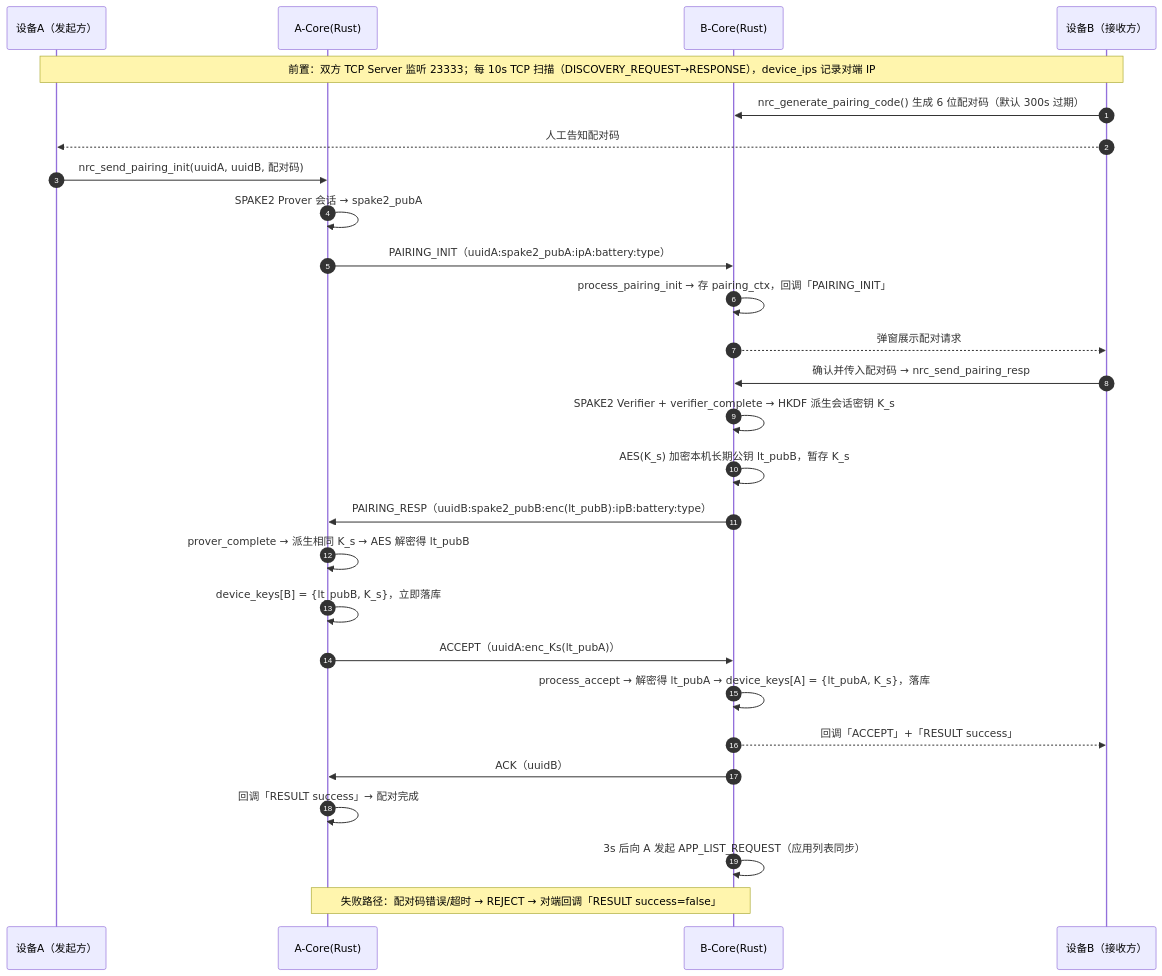
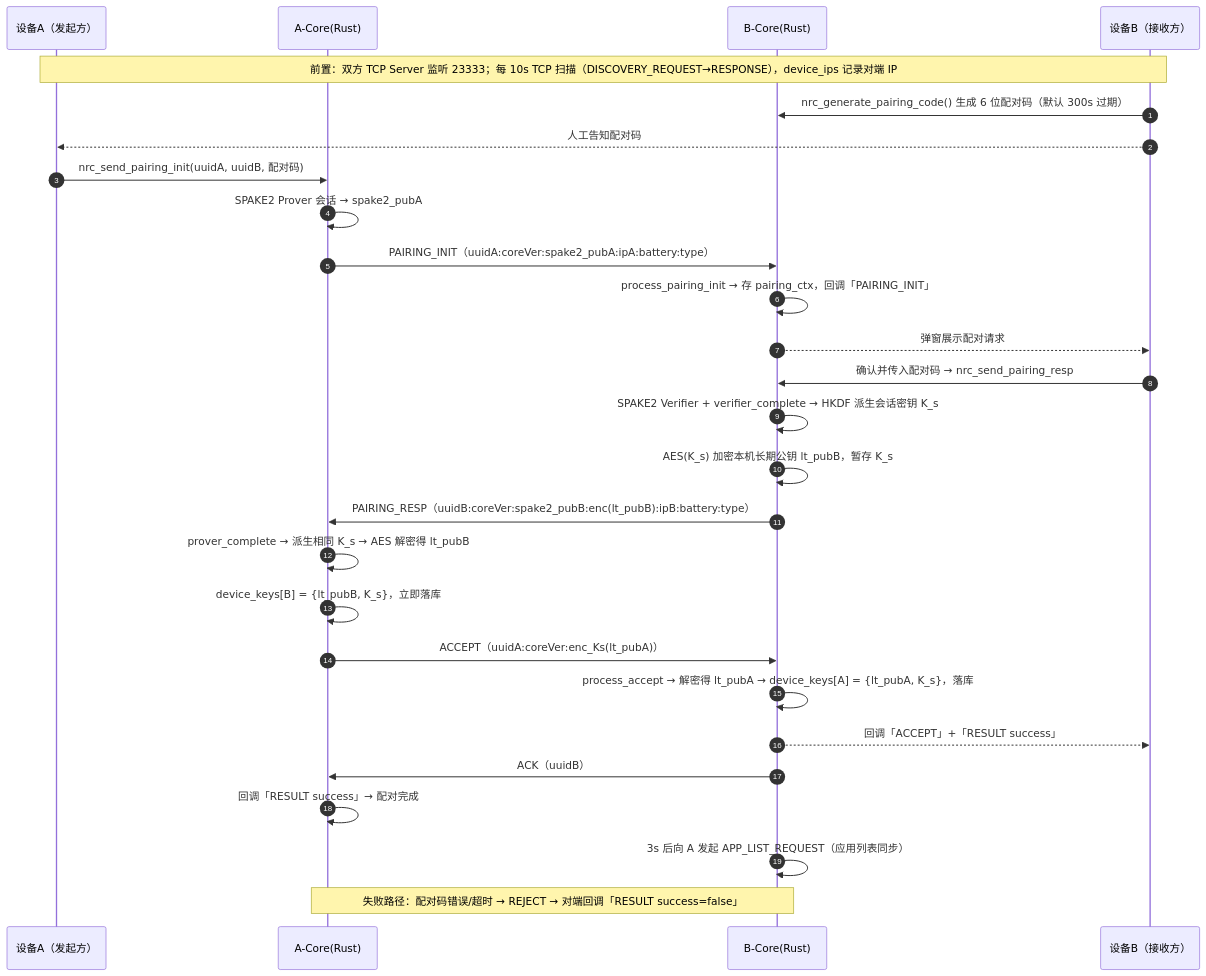
The first of 2 diagrams in Docs/配对与重连时序.md (NotifyRelay/core), drawn with Mermaid before and after one commit. The commit also changed other lines of this file and 16 other files, not shown here.

````diff
--- a/Docs/配对与重连时序.md
+++ b/Docs/配对与重连时序.md
@@ -8,32 +50,32 @@
 ```mermaid
 sequenceDiagram
     autonumber
     participant A as 设备A（发起方）
     participant Ac as A-Core(Rust)
     participant Bc as B-Core(Rust)
     participant B as 设备B（接收方）
 
     Note over A,B: 前置：双方 TCP Server 监听 23333；每 10s TCP 扫描（DISCOVERY_REQUEST→RESPONSE），device_ips 记录对端 IP
 
     B->>Bc: nrc_generate_pairing_code() 生成 6 位配对码（默认 300s 过期）
     B-->>A: 人工告知配对码
     A->>Ac: nrc_send_pairing_init(uuidA, uuidB, 配对码)
     Ac->>Ac: SPAKE2 Prover 会话 → spake2_pubA
-    Ac->>Bc: PAIRING_INIT（uuidA:spake2_pubA:ipA:battery:type）
+    Ac->>Bc: PAIRING_INIT（uuidA:coreVer:spake2_pubA:ipA:battery:type）
     Bc->>Bc: process_pairing_init → 存 pairing_ctx，回调「PAIRING_INIT」
     Bc-->>B: 弹窗展示配对请求
     B->>Bc: 确认并传入配对码 → nrc_send_pairing_resp
     Bc->>Bc: SPAKE2 Verifier + verifier_complete → HKDF 派生会话密钥 K_s
     Bc->>Bc: AES(K_s) 加密本机长期公钥 lt_pubB，暂存 K_s
-    Bc->>Ac: PAIRING_RESP（uuidB:spake2_pubB:enc(lt_pubB):ipB:battery:type）
+    Bc->>Ac: PAIRING_RESP（uuidB:coreVer:spake2_pubB:enc(lt_pubB):ipB:battery:type）
     Ac->>Ac: prover_complete → 派生相同 K_s → AES 解密得 lt_pubB
     Ac->>Ac: device_keys[B] = {lt_pubB, K_s}，立即落库
-    Ac->>Bc: ACCEPT（uuidA:enc_Ks(lt_pubA)）
+    Ac->>Bc: ACCEPT（uuidA:coreVer:enc_Ks(lt_pubA)）
     Bc->>Bc: process_accept → 解密得 lt_pubA → device_keys[A] = {lt_pubA, K_s}，落库
     Bc-->>B: 回调「ACCEPT」+「RESULT success」
     Bc->>Ac: ACK（uuidB）
     Ac->>Ac: 回调「RESULT success」→ 配对完成
     Bc->>Bc: 3s 后向 A 发起 APP_LIST_REQUEST（应用列表同步）
 
     Note over Ac,Bc: 失败路径：配对码错误/超时 → REJECT → 对端回调「RESULT success=false」
 ```
````
